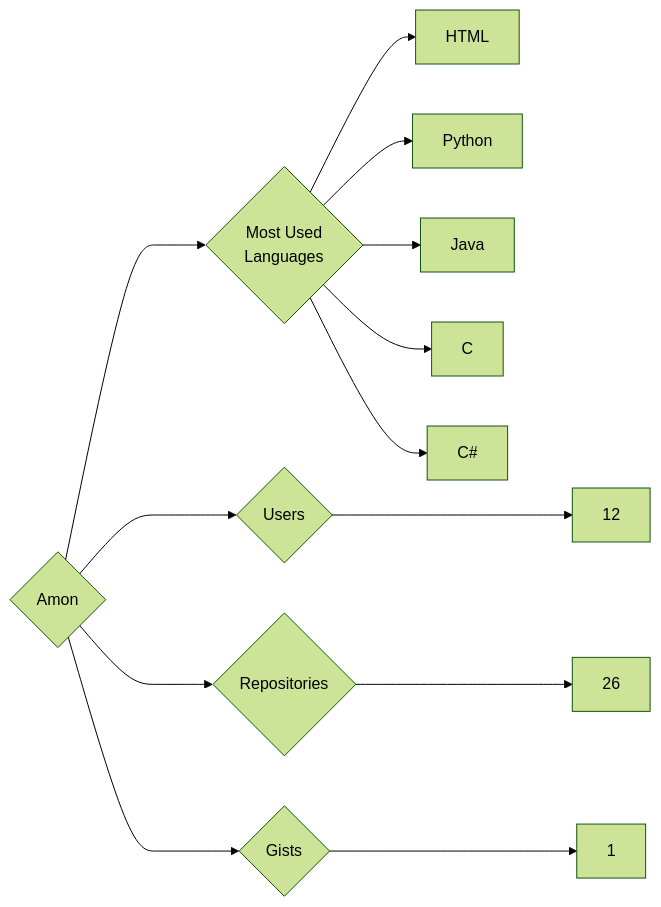
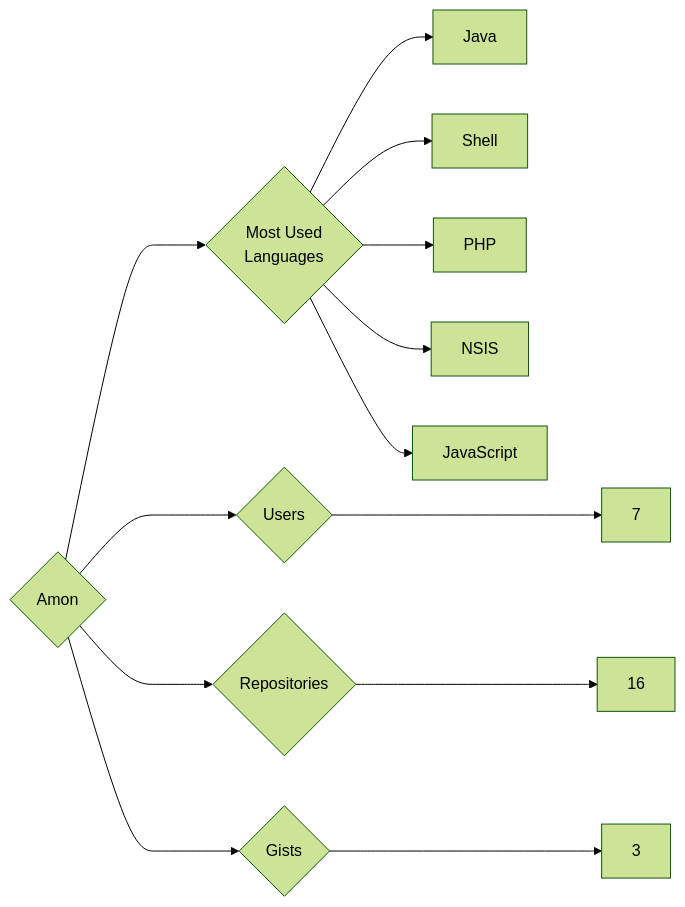
One commit to trickest/insiders changed the diagram in targets/Amon/README.md. Above: the diagram before and after it, drawn with Mermaid (forest theme). The commit also changed 833 other files, not shown here.

````diff
--- a/targets/Amon/README.md
+++ b/targets/Amon/README.md
@@ -3,13 +3,13 @@
 ```mermaid
 graph LR
 COMPANY_NAME{Amon}
-COMPANY_NAME ---> U{Users} ---> UN[12]
-COMPANY_NAME ---> R{Repositories} ---> RN[26]
-COMPANY_NAME ---> G{Gists} ---> GN[1]
+COMPANY_NAME ---> U{Users} ---> UN[7]
+COMPANY_NAME ---> R{Repositories} ---> RN[16]
+COMPANY_NAME ---> G{Gists} ---> GN[3]
 COMPANY_NAME ---> ML{Most Used<br>Languages}
-ML --> HTML[HTML]
-ML --> Python[Python]
 ML --> Java[Java]
-ML --> C[C]
-ML --> C#[C#]
+ML --> Shell[Shell]
+ML --> PHP[PHP]
+ML --> NSIS[NSIS]
+ML --> JavaScript[JavaScript]
 ```
````
